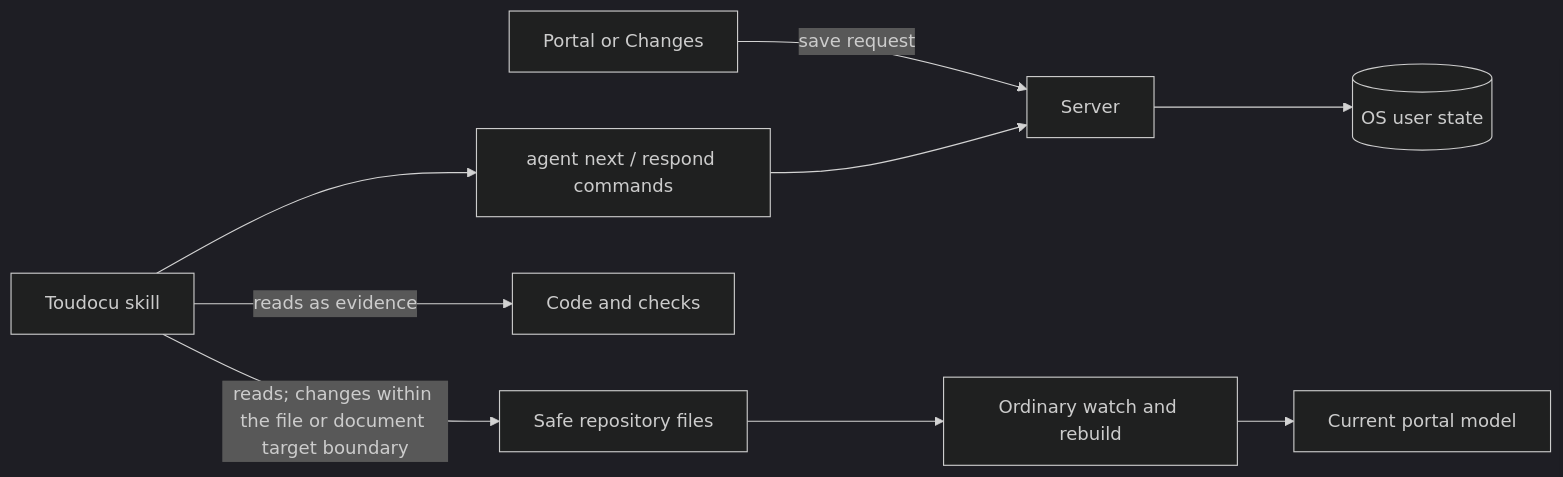
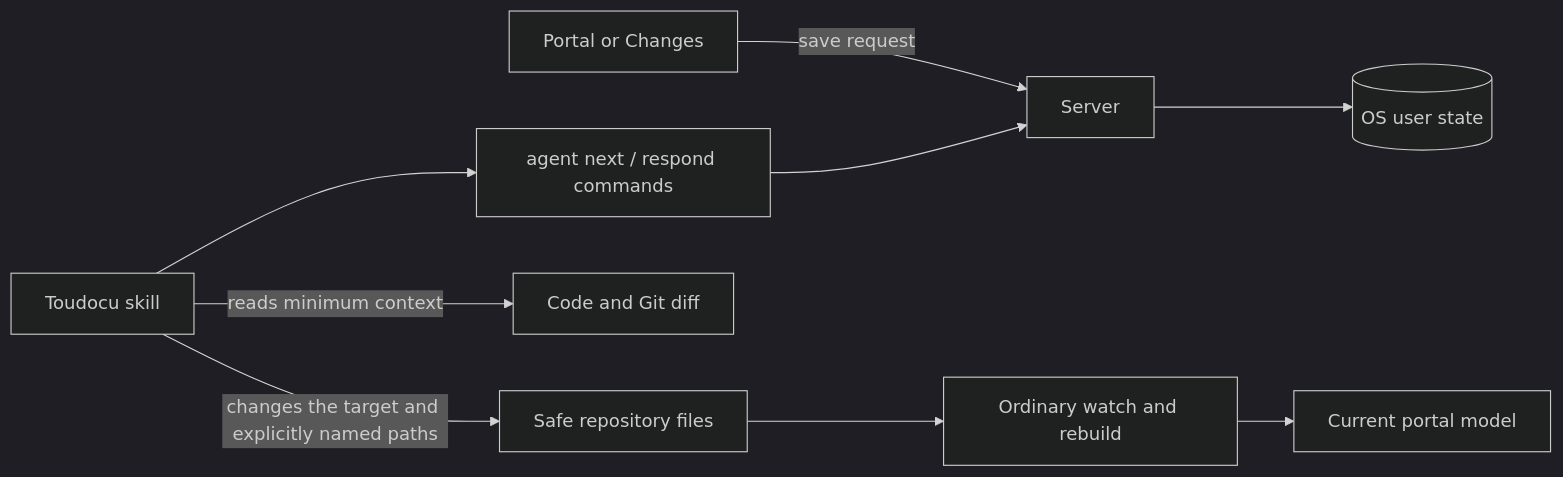
One commit to lumenikoly/toudocu changed the diagram in docs-en/architecture/agent-feedback-delivery.md. Above: the diagram before and after it, drawn with Mermaid (dark theme). The commit also changed other lines of this file and 13 other files, not shown here.

````diff
--- a/docs-en/architecture/agent-feedback-delivery.md
+++ b/docs-en/architecture/agent-feedback-delivery.md
@@ -14,11 +14,11 @@
 ```mermaid
 flowchart LR
     Browser[Portal or Changes] -->|save request| Core[Server]
     Core --> Store[(OS user state)]
     CLI[agent next / respond commands] --> Core
     Skill[Toudocu skill] --> CLI
-    Skill -->|reads as evidence| Code[Code and checks]
-    Skill -->|reads; changes within the file or document target boundary| Sources[Safe repository files]
+    Skill -->|reads minimum context| Code[Code and Git diff]
+    Skill -->|changes the target and explicitly named paths| Sources[Safe repository files]
     Sources --> Watcher[Ordinary watch and rebuild]
     Watcher --> Portal[Current portal model]
 ```
````
